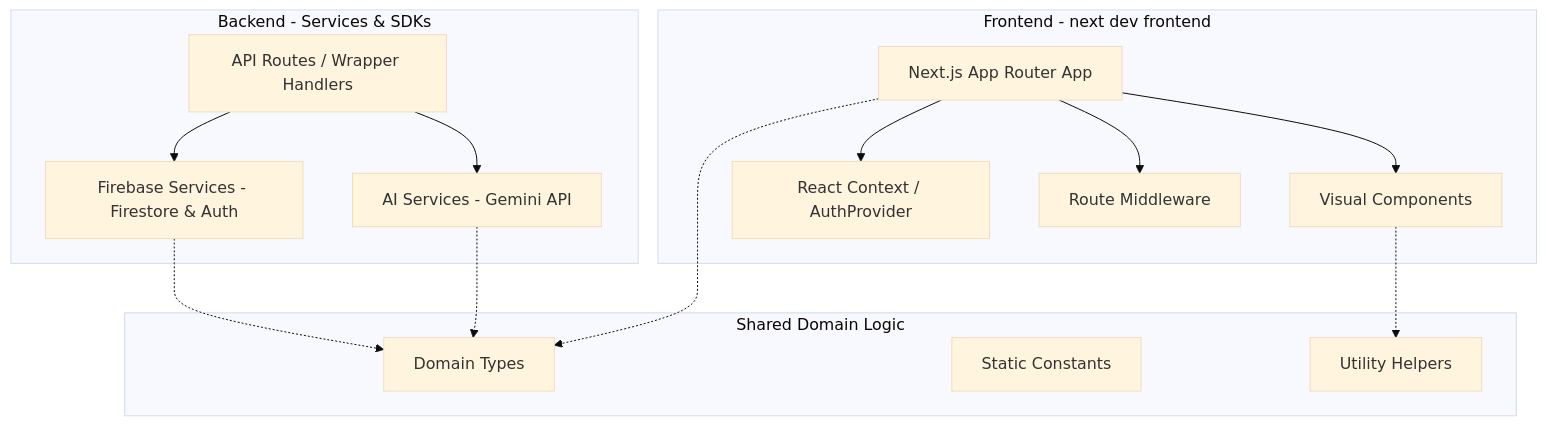
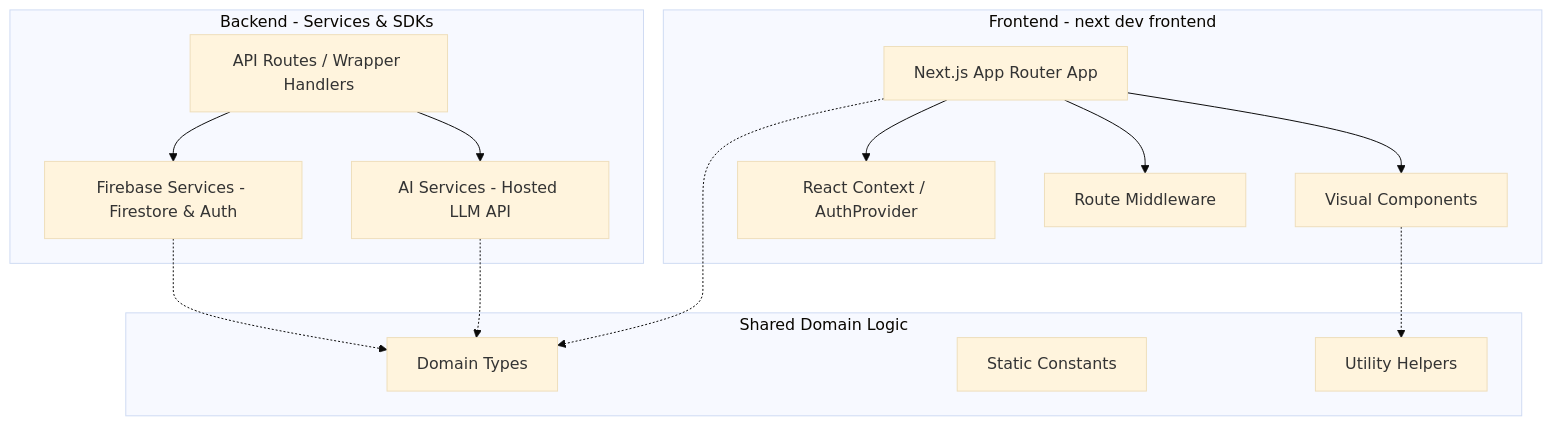
One commit to devvikax/playsphere-ai changed the first of 2 diagrams in playsphere-ai/docs/architecture.md. Above: the diagram before and after it, drawn with Mermaid (base theme). The commit also changed other lines of this file and 58 other files, not shown here.

````diff
--- a/playsphere-ai/docs/architecture.md
+++ b/playsphere-ai/docs/architecture.md
@@ -11,25 +11,25 @@
 ```mermaid
 graph TD
     subgraph Frontend Layer [Frontend - next dev frontend]
         A[Next.js App Router App] --> B[Visual Components]
         A --> C[React Context / AuthProvider]
         A --> D[Route Middleware]
     end
 
     subgraph Shared Layer [Shared Domain Logic]
         E[Domain Types]
         F[Static Constants]
         G[Utility Helpers]
     end
 
     subgraph Backend Layer [Backend - Services & SDKs]
-        H[API Routes / Wrapper Handlers] --> I[AI Services - Gemini API]
+        H[API Routes / Wrapper Handlers] --> I[AI Services - Hosted LLM API]
         H --> J[Firebase Services - Firestore & Auth]
     end
 
     %% Dependency references
     A -.-> E
     B -.-> G
     I -.-> E
     J -.-> E
 ```
````
